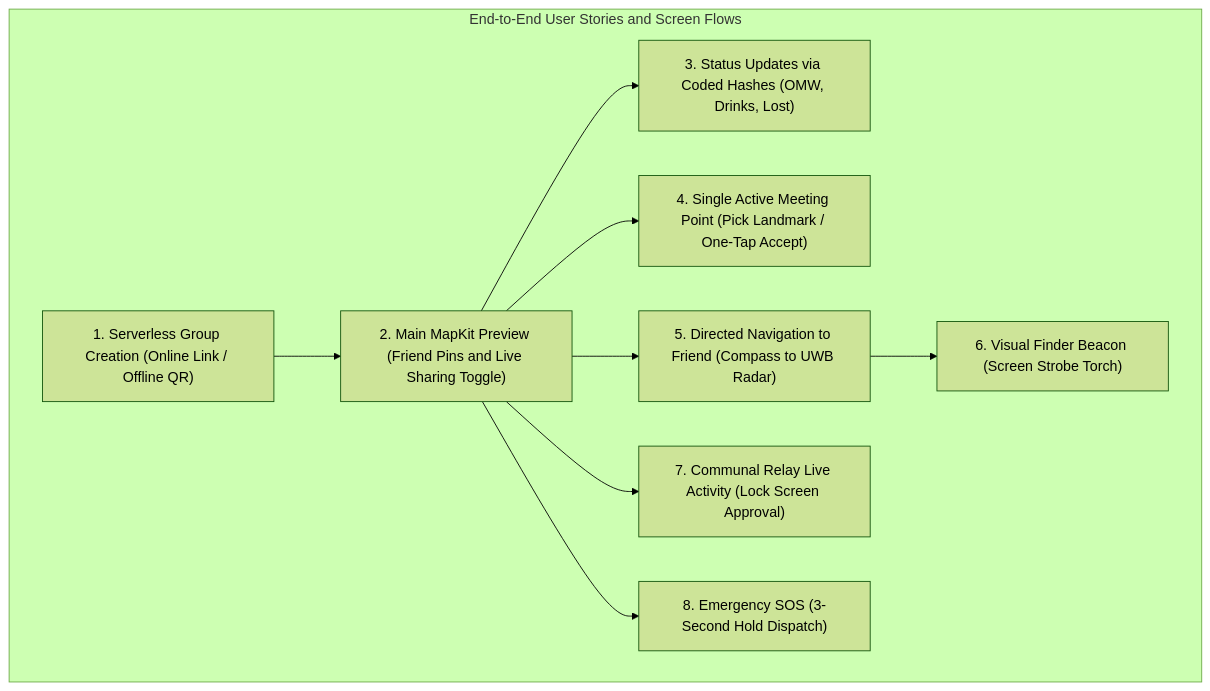
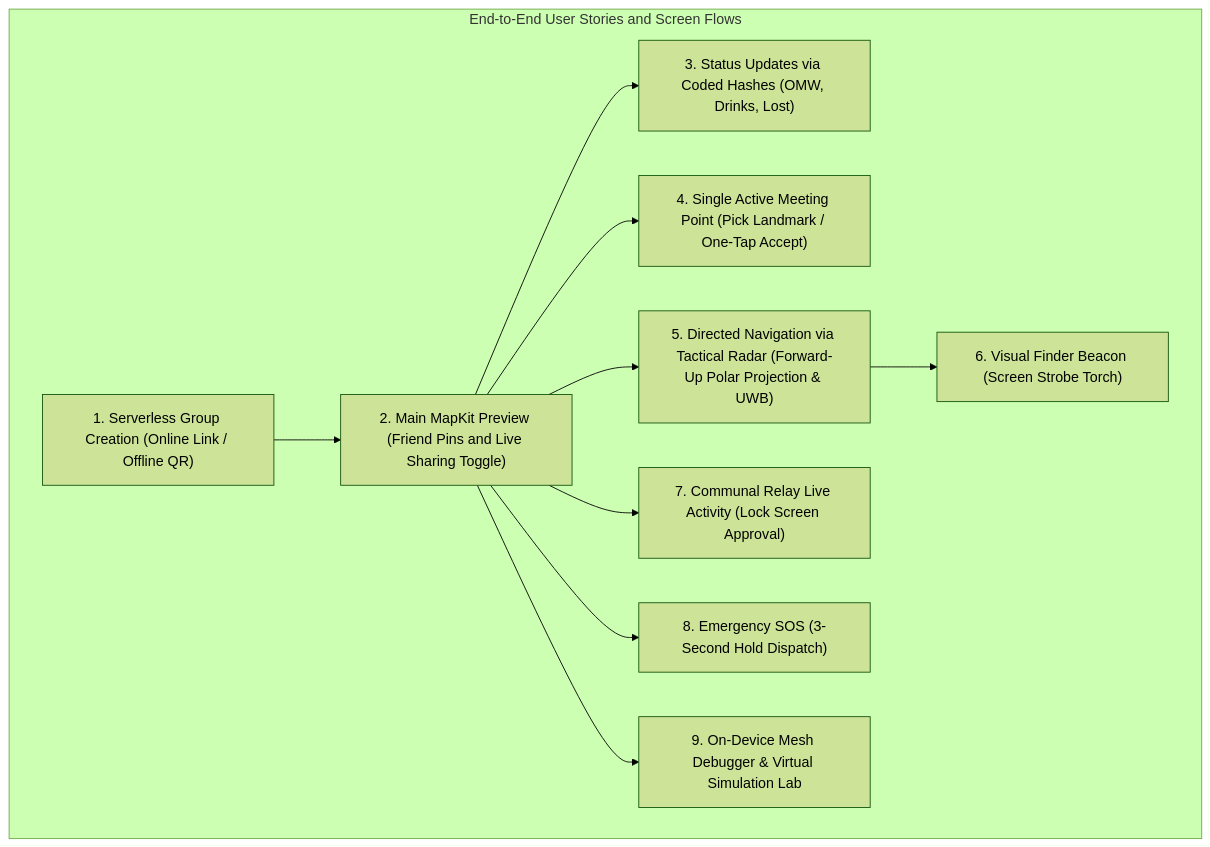
The first of 2 diagrams in docs/agent.md (Someonelse2309/TeeKum-Prototype), drawn with Mermaid (forest theme) before and after one commit. The commit also changed other lines of this file and 22 other files, not shown here.

````diff
--- a/docs/agent.md
+++ b/docs/agent.md
@@ -141,21 +142,23 @@
 ```mermaid
 graph TD
     subgraph UserStories ["End-to-End User Stories and Screen Flows"]
         US1["1. Serverless Group Creation (Online Link / Offline QR)"]
         US2["2. Main MapKit Preview (Friend Pins and Live Sharing Toggle)"]
         US3["3. Status Updates via Coded Hashes (OMW, Drinks, Lost)"]
         US4["4. Single Active Meeting Point (Pick Landmark / One-Tap Accept)"]
-        US5["5. Directed Navigation to Friend (Compass to UWB Radar)"]
+        US5["5. Directed Navigation via Tactical Radar (Forward-Up Polar Projection & UWB)"]
         US6["6. Visual Finder Beacon (Screen Strobe Torch)"]
         US7["7. Communal Relay Live Activity (Lock Screen Approval)"]
         US8["8. Emergency SOS (3-Second Hold Dispatch)"]
+        US9["9. On-Device Mesh Debugger & Virtual Simulation Lab"]
 
         US1 --> US2
         US2 --> US3
         US2 --> US4
         US2 --> US5
         US5 --> US6
         US2 --> US7
         US2 --> US8
+        US2 --> US9
     end
 ```
````
